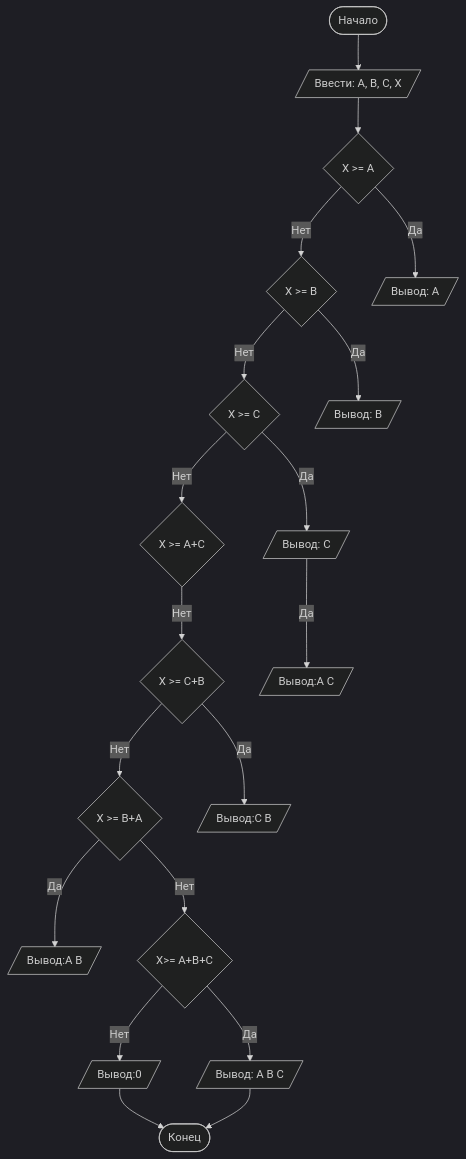
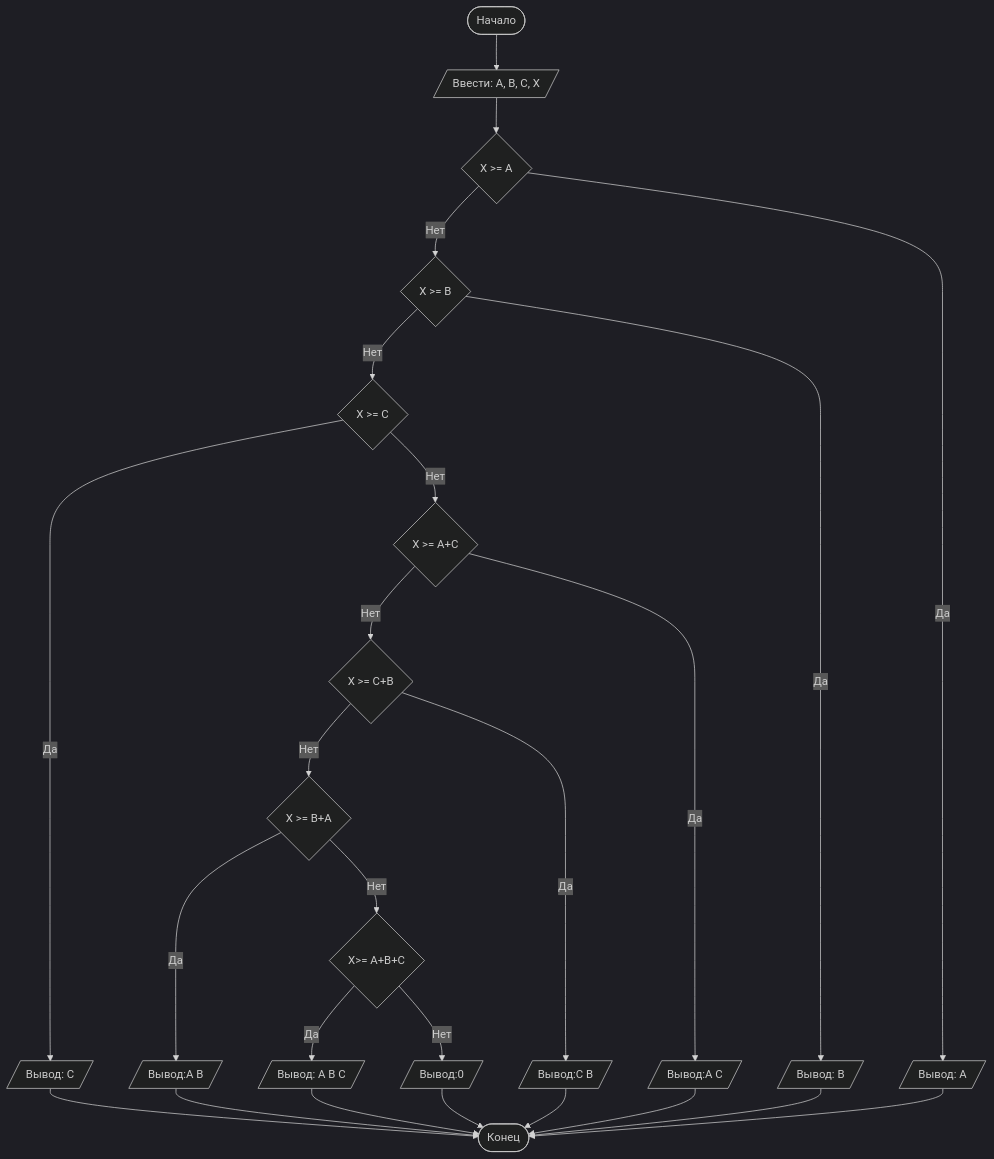
The diagram in README.md (nr41354-lang/Lab1), drawn with Mermaid (dark theme) before and after one commit.

Commit message:
README.md

````diff
--- a/README.md
+++ b/README.md
@@ -95,24 +95,28 @@
 ```mermaid
 graph TD
     A([Начало]) --> B[/Ввести: A, B, C, X/]
     B --> C{X >= A}
     C -- Нет --> D{X >= B}
     D -- Нет --> E{X >= C}
     D -- Да --> H[/Вывод: B/]
     C -- Да --> I[/Вывод: A/]
 E--Да--> J[/Вывод: С/]
     E -- Нет --> T{X >= A+C}
 T--Нет--> K{X >= C+B}
 K--Нет--> L{X >= B+A}
-J--Да--> M[/Вывод:A C/]
+T--Да--> M[/Вывод:A C/]
 K--Да--> N[/Вывод:C B/]
 L--Да--> O[/Вывод:A B/]
 L--Нет--> P{X>= A+B+C}
 P--Да--> Q[/Вывод: A B C/]
 P--Нет--> R[/Вывод:0/]
-
-  
+M-->Z
+N-->Z
+O-->Z
+J-->Z
+I-->Z
+  H-->Z
     R --> Z
     Q --> Z([Конец])
 
 ```
````
